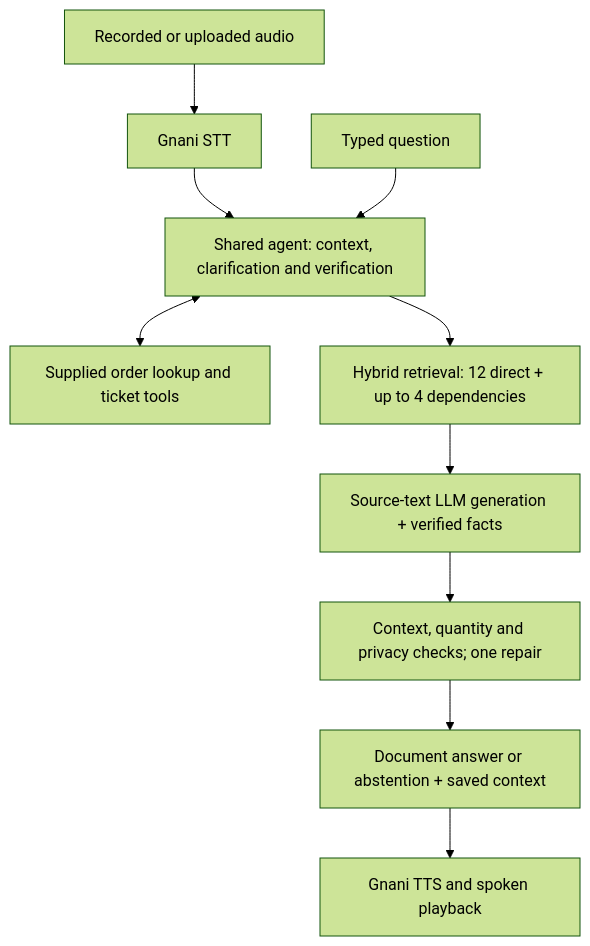
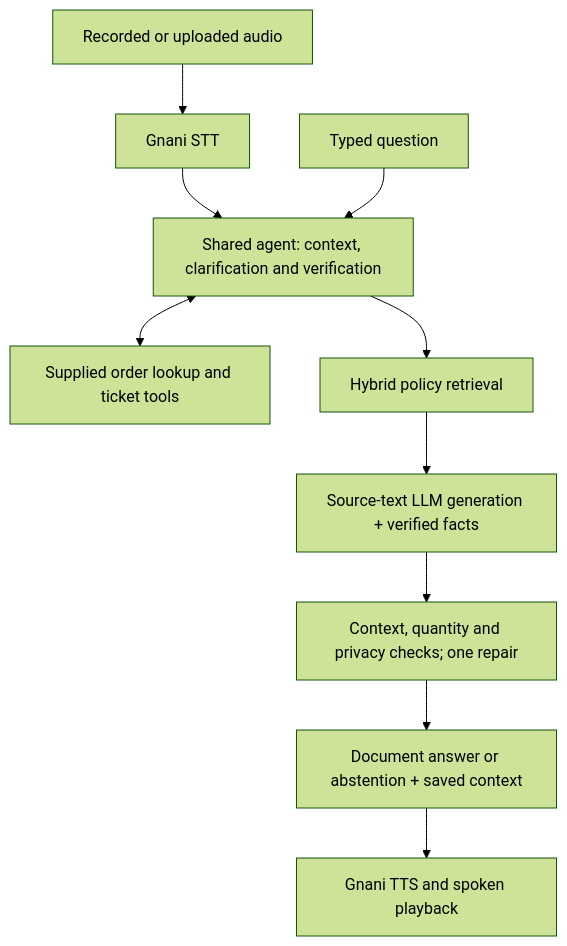
Before and after one commit to Pranay207/Resolvox: the diagram in README.md, drawn with Mermaid (forest theme). The commit also changed other lines of this file, not shown here.

````diff
--- a/README.md
+++ b/README.md
@@ -172,12 +165,12 @@
 ```mermaid
 flowchart TD
     Audio["Recorded or uploaded audio"] --> STT["Gnani STT"]
     STT --> Agent["Shared agent: context, clarification and verification"]
     Text["Typed question"] --> Agent
     Agent <--> Tools["Supplied order lookup and ticket tools"]
-    Agent --> Search["Hybrid retrieval: 12 direct + up to 4 dependencies"]
+    Agent --> Search["Hybrid policy retrieval"]
     Search --> Answer["Source-text LLM generation + verified facts"]
     Answer --> Check["Context, quantity and privacy checks; one repair"]
     Check --> Reply["Document answer or abstention + saved context"]
     Reply --> TTS["Gnani TTS and spoken playback"]
 ```
````
